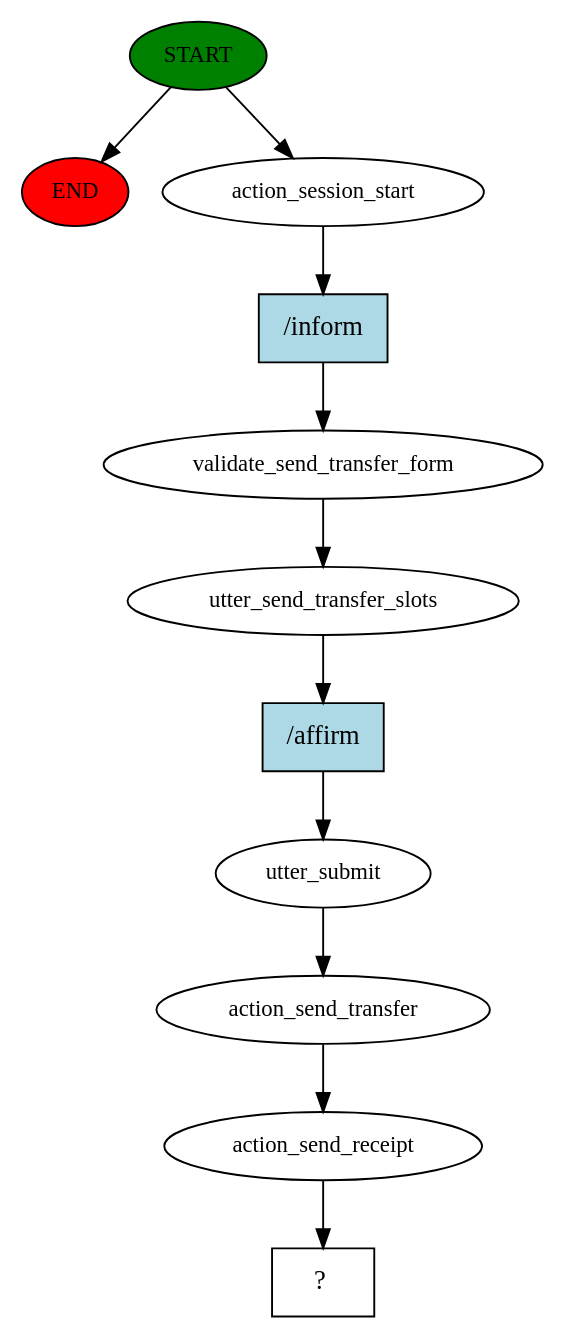
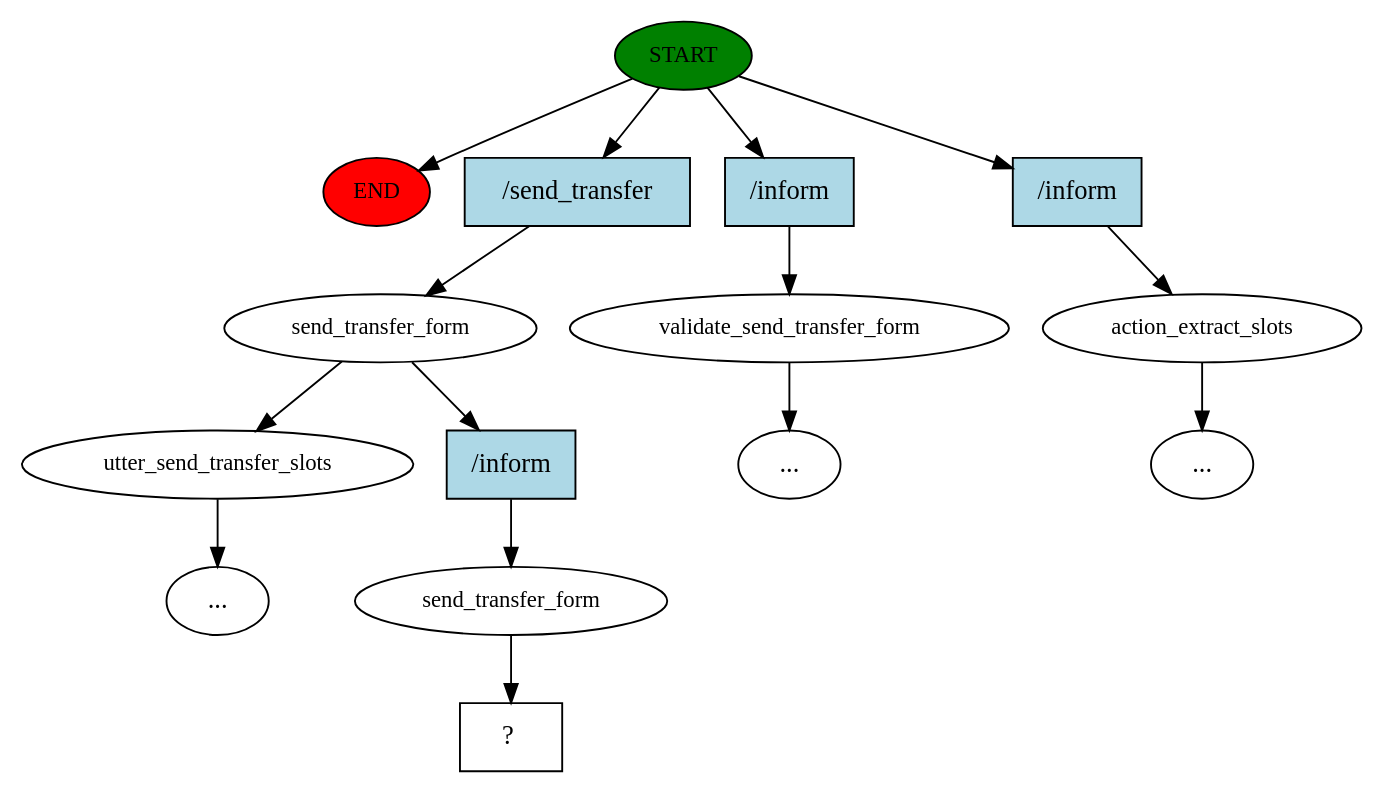
Before and after one commit to masehdh/sinbad-telephone-banking: the diagram in rasa/story_graph.dot, drawn with Graphviz. The commit also changed 8 other files, not shown here.

```diff
--- a/rasa/story_graph.dot
+++ b/rasa/story_graph.dot
@@ -1,23 +1,31 @@
 digraph  {
 0 [class="start active", fillcolor=green, fontsize=12, label=START, style=filled];
 "-1" [class=end, fillcolor=red, fontsize=12, label=END, style=filled];
-1 [class=active, fontsize=12, label=action_session_start];
-2 [class=active, fontsize=12, label=validate_send_transfer_form];
-3 [class=active, fontsize=12, label=utter_send_transfer_slots];
-4 [class=active, fontsize=12, label=utter_submit];
-5 [class=active, fontsize=12, label=action_send_transfer];
-6 [class=active, fontsize=12, label=action_send_receipt];
-7 [class="intent dashed active", label="  ?  ", shape=rect];
-8 [class="intent active", fillcolor=lightblue, label="/inform", shape=rect, style=filled];
-9 [class="intent active", fillcolor=lightblue, label="/affirm", shape=rect, style=filled];
+1 [class=active, fontsize=12, label=send_transfer_form];
+2 [class="", fontsize=12, label=utter_send_transfer_slots];
+"-3" [class=ellipsis, label="..."];
+3 [class="", fontsize=12, label=validate_send_transfer_form];
+13 [class="", fontsize=12, label=action_extract_slots];
+"-14" [class=ellipsis, label="..."];
+"-15" [class=ellipsis, label="..."];
+16 [class=active, fontsize=12, label=send_transfer_form];
+17 [class="intent dashed active", label="  ?  ", shape=rect];
+18 [class="intent active", fillcolor=lightblue, label="/send_transfer", shape=rect, style=filled];
+19 [class=intent, fillcolor=lightblue, label="/inform", shape=rect, style=filled];
+20 [class=intent, fillcolor=lightblue, label="/inform", shape=rect, style=filled];
+21 [class="intent active", fillcolor=lightblue, label="/inform", shape=rect, style=filled];
 0 -> "-1"  [class="", key=NONE, label=""];
-0 -> 1  [class=active, key=NONE, label=""];
-1 -> 8  [class=active, key=0];
-2 -> 3  [class=active, key=NONE, label=""];
-3 -> 9  [class=active, key=0];
-4 -> 5  [class=active, key=NONE, label=""];
-5 -> 6  [class=active, key=NONE, label=""];
-6 -> 7  [class=active, key=NONE, label=""];
-8 -> 2  [class=active, key=0];
-9 -> 4  [class=active, key=0];
+0 -> 18  [class=active, key=0];
+0 -> 19  [class="", key=0];
+0 -> 20  [class="", key=0];
+1 -> 2  [class="", key=NONE, label=""];
+1 -> 21  [class=active, key=0];
+2 -> "-3"  [class="", key=NONE, label=""];
+3 -> "-15"  [class="", key=NONE, label=""];
+13 -> "-14"  [class="", key=NONE, label=""];
+16 -> 17  [class=active, key=NONE, label=""];
+18 -> 1  [class=active, key=0];
+19 -> 3  [class="", key=0];
+20 -> 13  [class="", key=0];
+21 -> 16  [class=active, key=0];
 }
```
